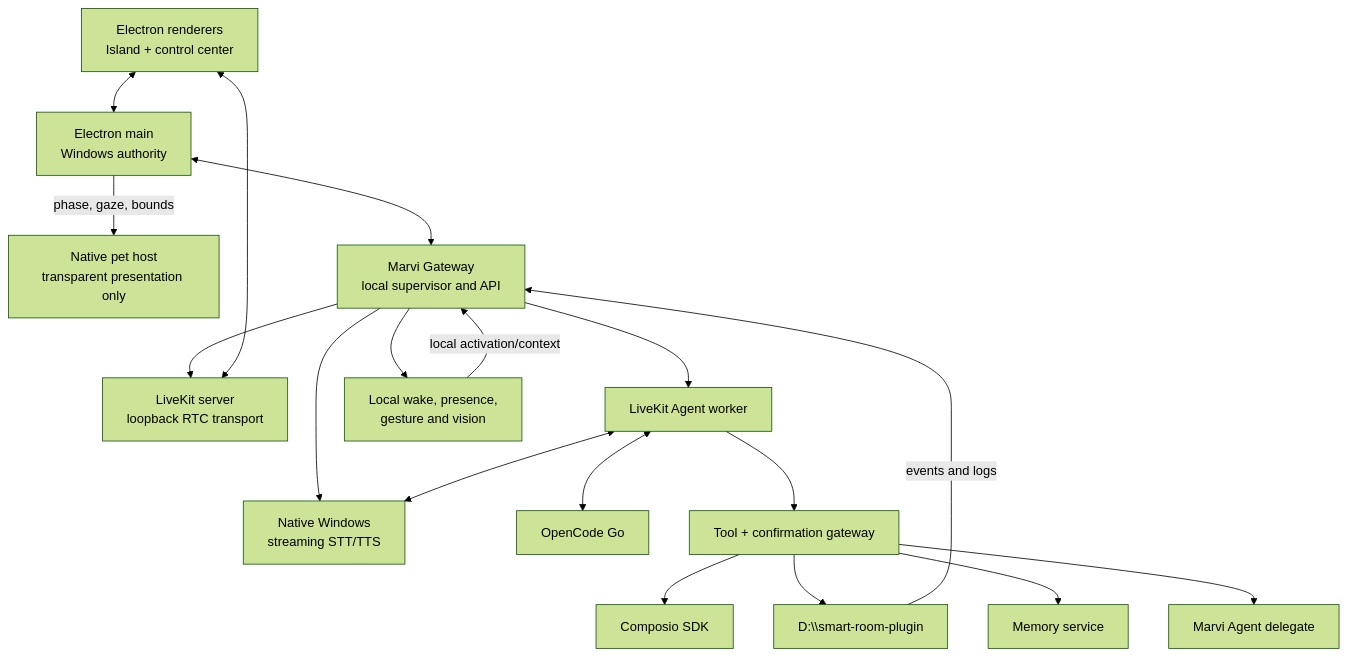
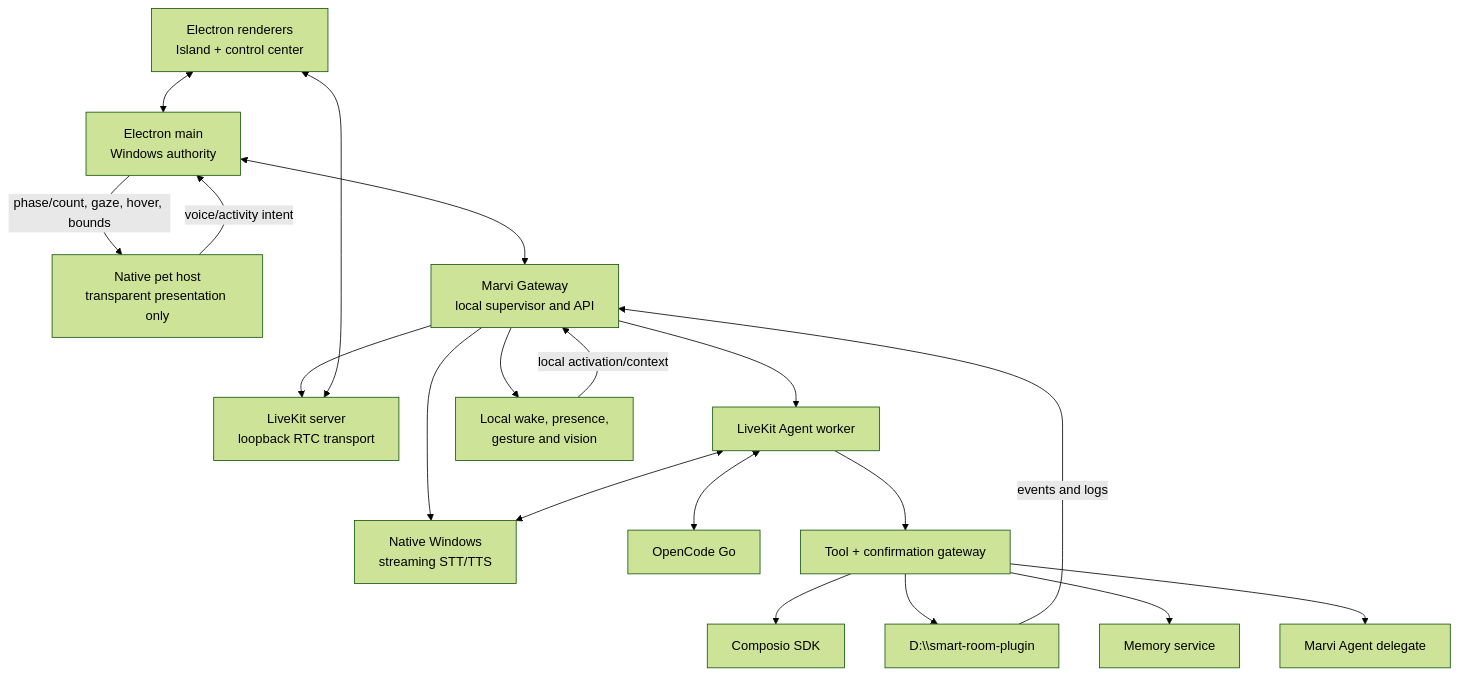
Before and after one commit to xRetr00/Marvi-OS: the diagram in docs/ARCHITECTURE.md, drawn with Mermaid (forest theme). The commit also changed other lines of this file and 15 other files, not shown here.

````diff
--- a/docs/ARCHITECTURE.md
+++ b/docs/ARCHITECTURE.md
@@ -11,35 +11,36 @@
 ```mermaid
 flowchart TB
     UI["Electron renderers<br/>Island + control center"]
     Main["Electron main<br/>Windows authority"]
     Pet["Native pet host<br/>transparent presentation only"]
     Gateway["Marvi Gateway<br/>local supervisor and API"]
     LK["LiveKit server<br/>loopback RTC transport"]
     Agent["LiveKit Agent worker"]
     Voice["Native Windows<br/>streaming STT/TTS"]
     Sensors["Local wake, presence,<br/>gesture and vision"]
     LLM["OpenCode Go"]
     Tools["Tool + confirmation gateway"]
     Composio["Composio SDK"]
     Room["D:\\smart-room-plugin"]
     Memory["Memory service"]
     Deep["Marvi Agent delegate"]
 
     UI <--> Main
-    Main -->|phase, gaze, bounds| Pet
+    Main -->|phase/count, gaze, hover, bounds| Pet
+    Pet -->|voice/activity intent| Main
     Main <--> Gateway
     Gateway --> LK
     Gateway --> Agent
     Gateway --> Voice
     Gateway --> Sensors
     UI <--> LK
     Agent <--> Voice
     Agent <--> LLM
     Agent --> Tools
     Tools --> Composio
     Tools --> Room
     Tools --> Memory
     Tools --> Deep
     Room -->|events and logs| Gateway
     Sensors -->|local activation/context| Gateway
 ```
````
